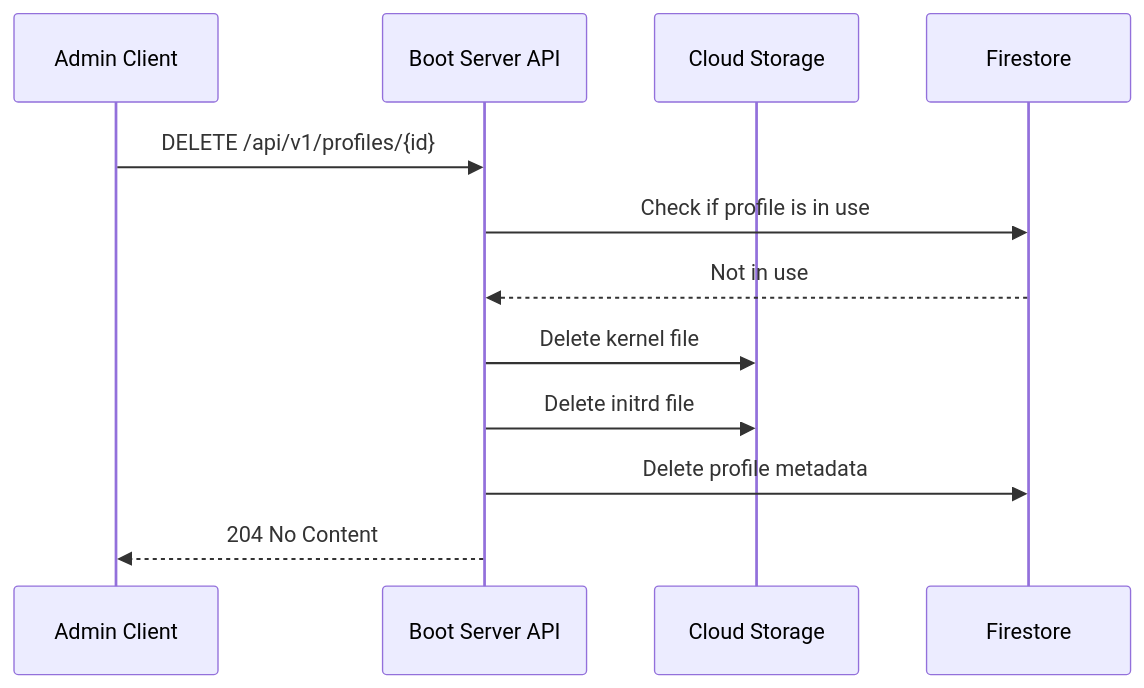
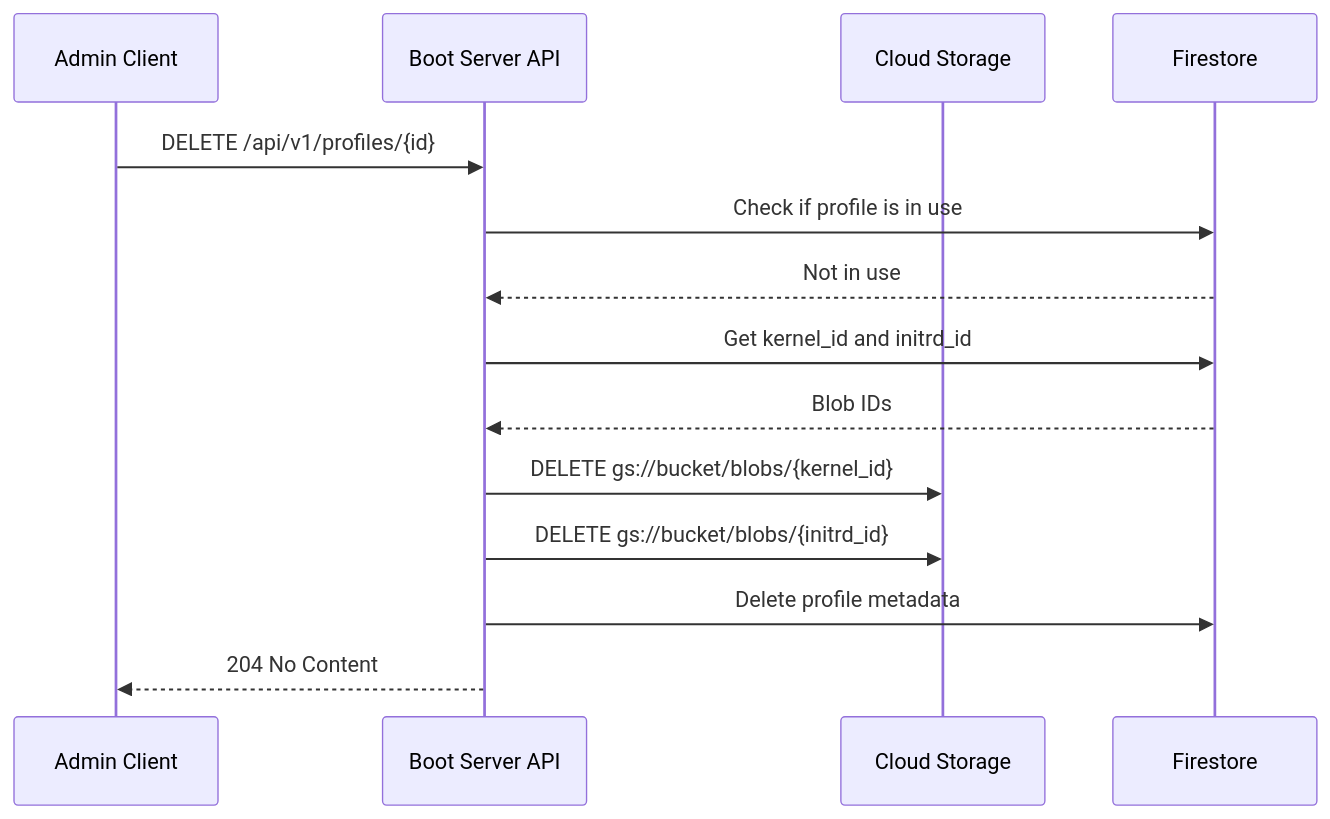
One commit to Zaba505/infra changed the sixth of 12 diagrams in docs/content/r&d/services/boot/admin-api.md. Above: the diagram before and after it, drawn with Mermaid. The commit also changed other lines of this file, not shown here.

Commit message:
docs(issue-605): clarify blob storage

````diff
--- a/docs/content/r&d/services/boot/admin-api.md
+++ b/docs/content/r&d/services/boot/admin-api.md
@@ -355,15 +388,17 @@
 ```mermaid
 sequenceDiagram
     participant Client as Admin Client
     participant API as Boot Server API
     participant Storage as Cloud Storage
     participant DB as Firestore
     
     Client->>API: DELETE /api/v1/profiles/{id}
     API->>DB: Check if profile is in use
     DB-->>API: Not in use
-    API->>Storage: Delete kernel file
-    API->>Storage: Delete initrd file
+    API->>DB: Get kernel_id and initrd_id
+    DB-->>API: Blob IDs
+    API->>Storage: DELETE gs://bucket/blobs/{kernel_id}
+    API->>Storage: DELETE gs://bucket/blobs/{initrd_id}
     API->>DB: Delete profile metadata
     API-->>Client: 204 No Content
 ```
````
